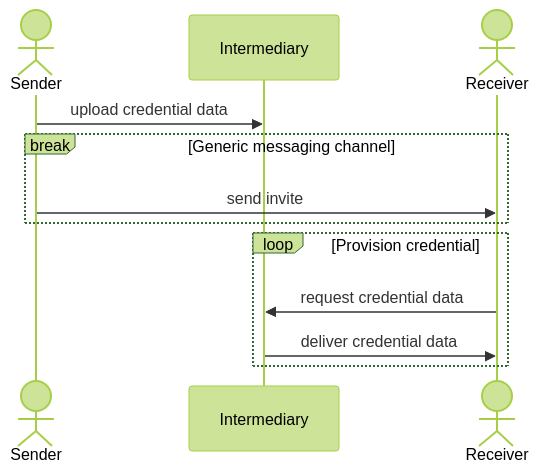
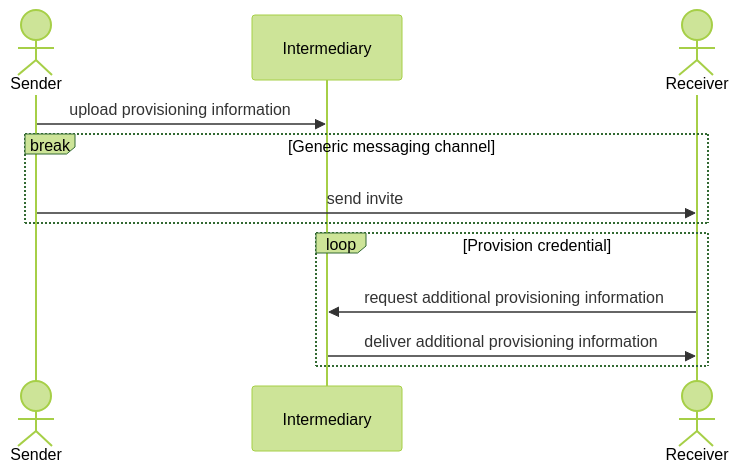
The second of 3 diagrams in draft-tigress-requirements.md (dimmyvi/tigress-requirements), drawn with Mermaid (forest theme) before and after one commit. The commit also changed other lines of this file, not shown here.

````diff
--- a/draft-tigress-requirements.md
+++ b/draft-tigress-requirements.md
@@ -146,14 +136,14 @@
 ```mermaid
 sequenceDiagram
     actor S as Sender
     participant I as Intermediary
     actor R as Receiver
-    S ->> I : upload credential data
+    S ->> I : upload provisioning information
     break Generic messaging channel
       S ->> R : send invite
     end
-    Loop Provision credential
-      R ->> I : request credential data
-      I ->> R : deliver credential data
+    loop Provision credential
+      R ->> I : request additional provisioning information
+      I ->> R : deliver additional provisioning information
     end
 ```
````
